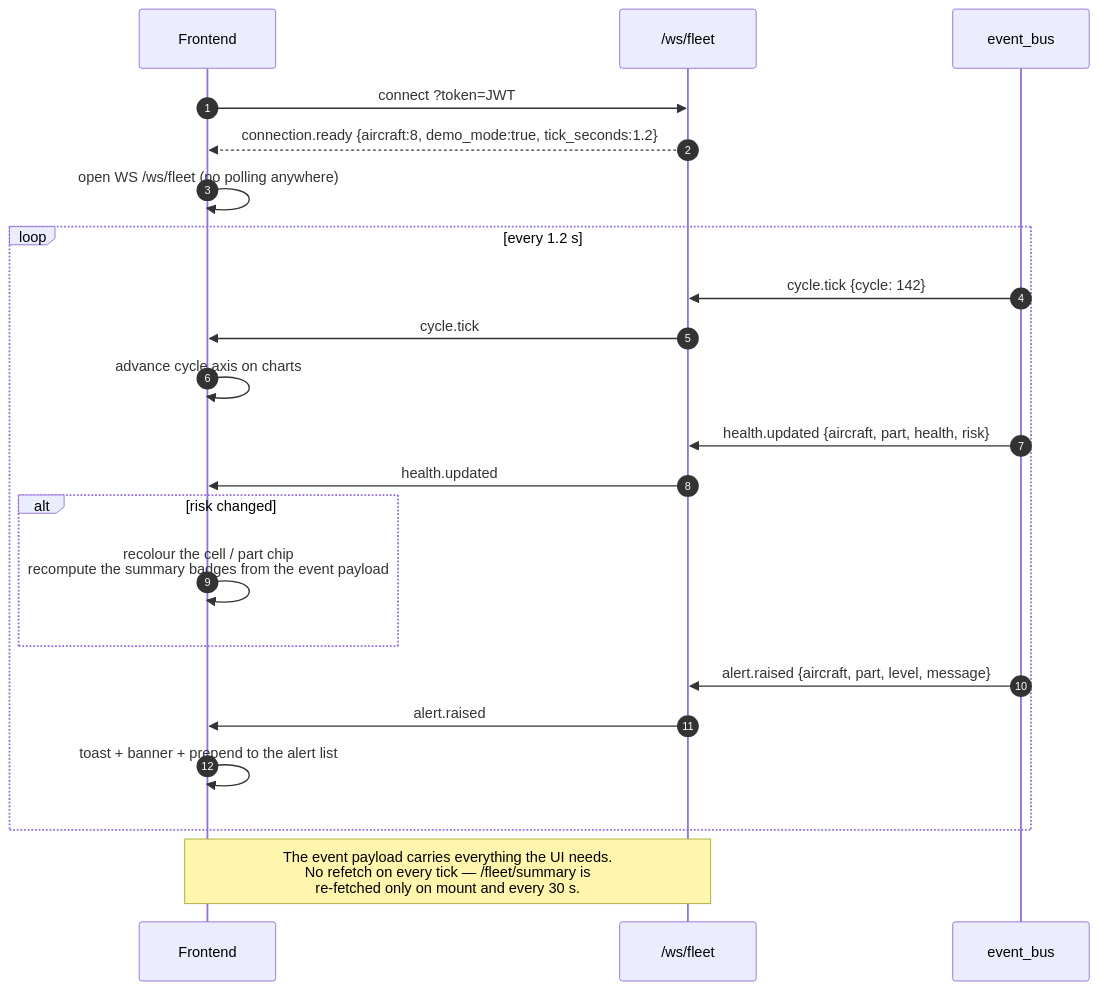
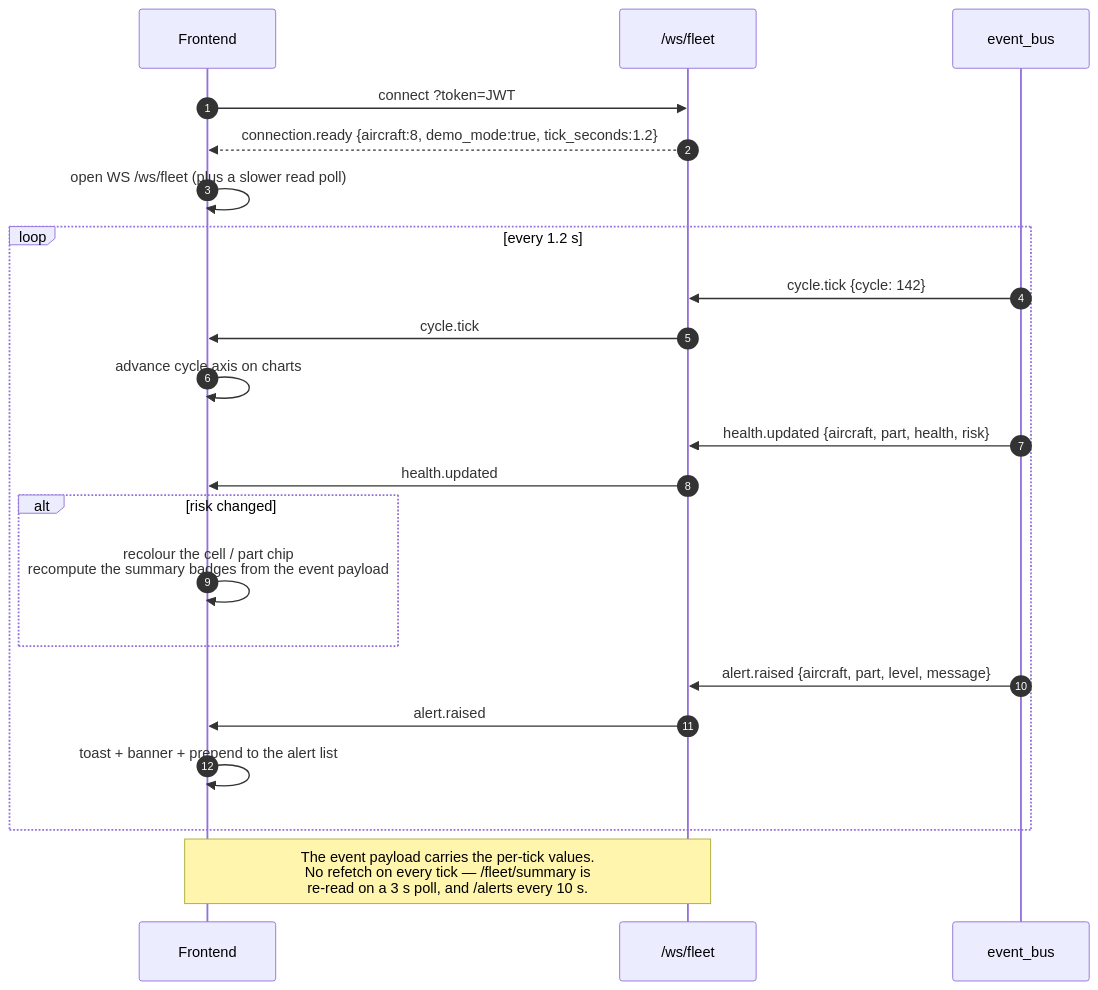
Before and after one commit to SamruddhiMahajan1/predictive-aircraft-maintenance: the sixth of 9 diagrams in docs/04-user-flow-diagrams.md, drawn with Mermaid. The commit also changed other lines of this file and 39 other files, not shown here.

````diff
--- a/docs/04-user-flow-diagrams.md
+++ b/docs/04-user-flow-diagrams.md
@@ -201,29 +201,29 @@
 ```mermaid
 sequenceDiagram
     autonumber
     participant UI as Frontend
     participant WS as /ws/fleet
     participant EV as event_bus
 
     UI->>WS: connect ?token=JWT
     WS-->>UI: connection.ready {aircraft:8, demo_mode:true, tick_seconds:1.2}
-    UI->>UI: open WS /ws/fleet (no polling anywhere)
+    UI->>UI: open WS /ws/fleet (plus a slower read poll)
 
     loop every 1.2 s
         EV->>WS: cycle.tick {cycle: 142}
         WS->>UI: cycle.tick
         UI->>UI: advance cycle axis on charts
 
         EV->>WS: health.updated {aircraft, part, health, risk}
         WS->>UI: health.updated
         alt risk changed
             UI->>UI: recolour the cell / part chip<br/>recompute the summary badges from the event payload
         end
 
         EV->>WS: alert.raised {aircraft, part, level, message}
         WS->>UI: alert.raised
         UI->>UI: toast + banner + prepend to the alert list
     end
 
-    Note over UI,WS: The event payload carries everything the UI needs.<br/>No refetch on every tick — /fleet/summary is<br/>re-fetched only on mount and every 30 s.
+    Note over UI,WS: The event payload carries the per-tick values.<br/>No refetch on every tick — /fleet/summary is<br/>re-read on a 3 s poll, and /alerts every 10 s.
 ```
````
